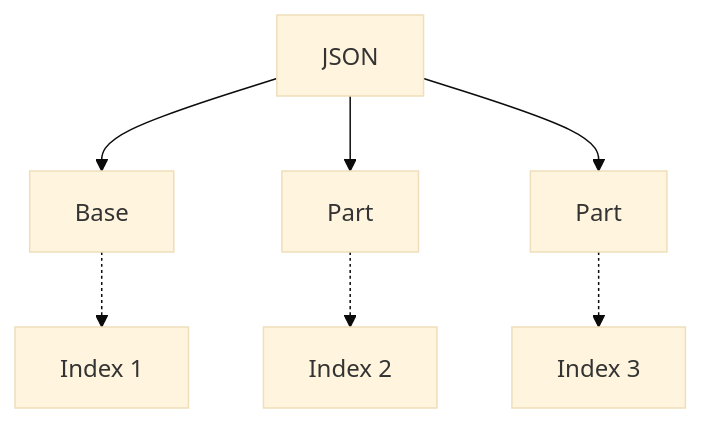
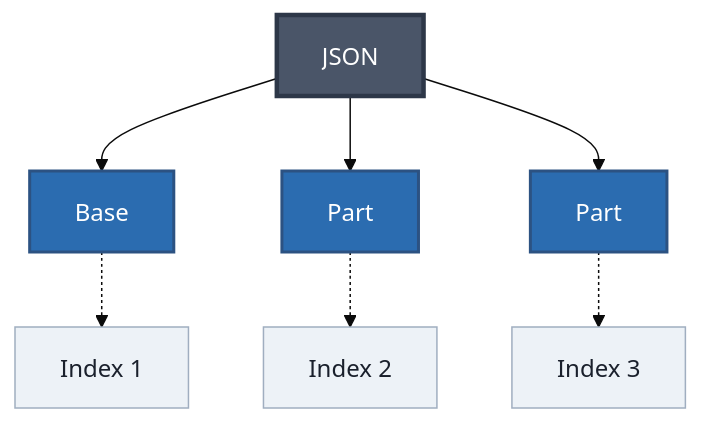
The third of 12 diagrams in SPECIFICATION.md (JuanCrakYT/RtG-Format), drawn with Mermaid (base theme) before and after one commit. The commit also changed other lines of this file and 1 other file, not shown here.

Commit message:
Starting Mermaid

````diff
--- a/SPECIFICATION.md
+++ b/SPECIFICATION.md
@@ -227,10 +254,18 @@
 ```mermaid
 flowchart TD
-    A["JSON"] --> A1
-    A --> A2
-    A --> A3
+    A["JSON"] --> A1["Base"]
+    A --> A2["Part"]
+    A --> A3["Part"]
 
-    A1["Base"] -.-> B1["Index 1"]
-    A2["Part"] -.-> B2["Index 2"]
-    A3["Part"] -.-> B3["Index 3"]
+    A1 -.-> B1["Index 1"]
+    A2 -.-> B2["Index 2"]
+    A3 -.-> B3["Index 3"]
+
+    classDef root fill:#4a5568,color:#fff,stroke:#2d3748,stroke-width:3px;
+    classDef branch fill:#2b6cb0,color:#fff,stroke:#2c5282,stroke-width:2px;
+    classDef detail fill:#edf2f7,color:#1a202c,stroke:#a0aec0;
+
+    class A root;
+    class A1,A2,A3 branch;
+    class B1,B2,B3 detail;
 ```
````
